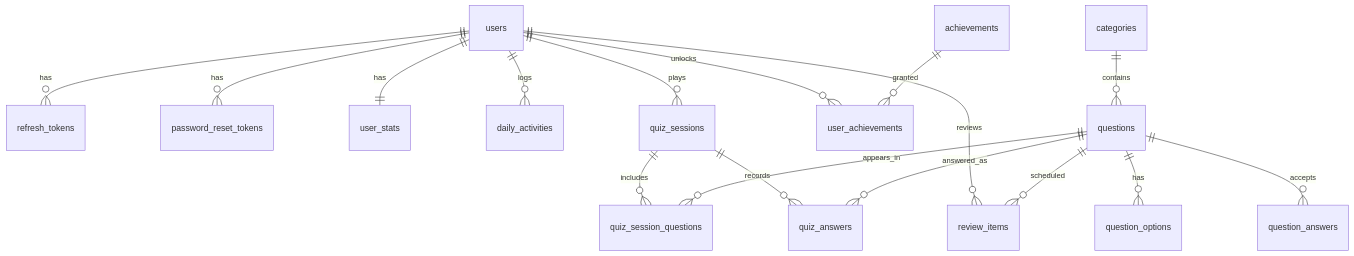
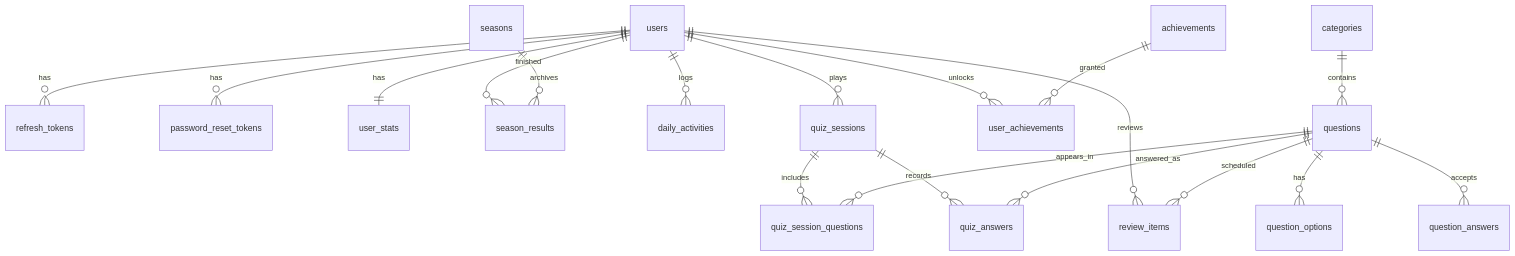
Before and after one commit to silvasamuel/mavva: the diagram in docs/database.md, drawn with Mermaid. The commit also changed other lines of this file and 30 other files, not shown here.

````diff
--- a/docs/database.md
+++ b/docs/database.md
@@ -9,19 +9,21 @@
 ```mermaid
 erDiagram
     users ||--o{ refresh_tokens : has
     users ||--o{ password_reset_tokens : has
     users ||--|| user_stats : has
+    users ||--o{ season_results : finished
+    seasons ||--o{ season_results : archives
     users ||--o{ daily_activities : logs
     users ||--o{ quiz_sessions : plays
     users ||--o{ review_items : reviews
     users ||--o{ user_achievements : unlocks
     achievements ||--o{ user_achievements : granted
     categories ||--o{ questions : contains
     questions ||--o{ question_options : has
     questions ||--o{ question_answers : accepts
     quiz_sessions ||--o{ quiz_session_questions : includes
     quiz_sessions ||--o{ quiz_answers : records
     questions ||--o{ quiz_session_questions : appears_in
     questions ||--o{ quiz_answers : answered_as
     questions ||--o{ review_items : scheduled
 ```
````
